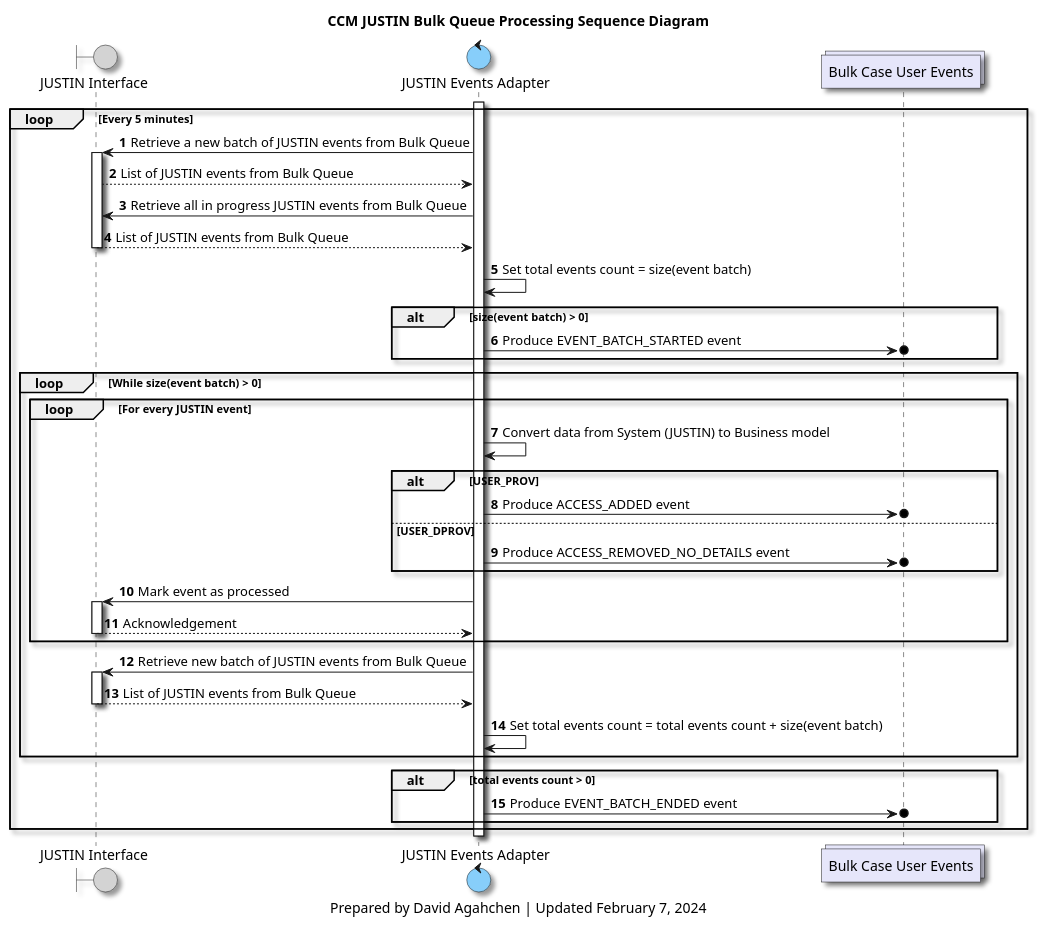
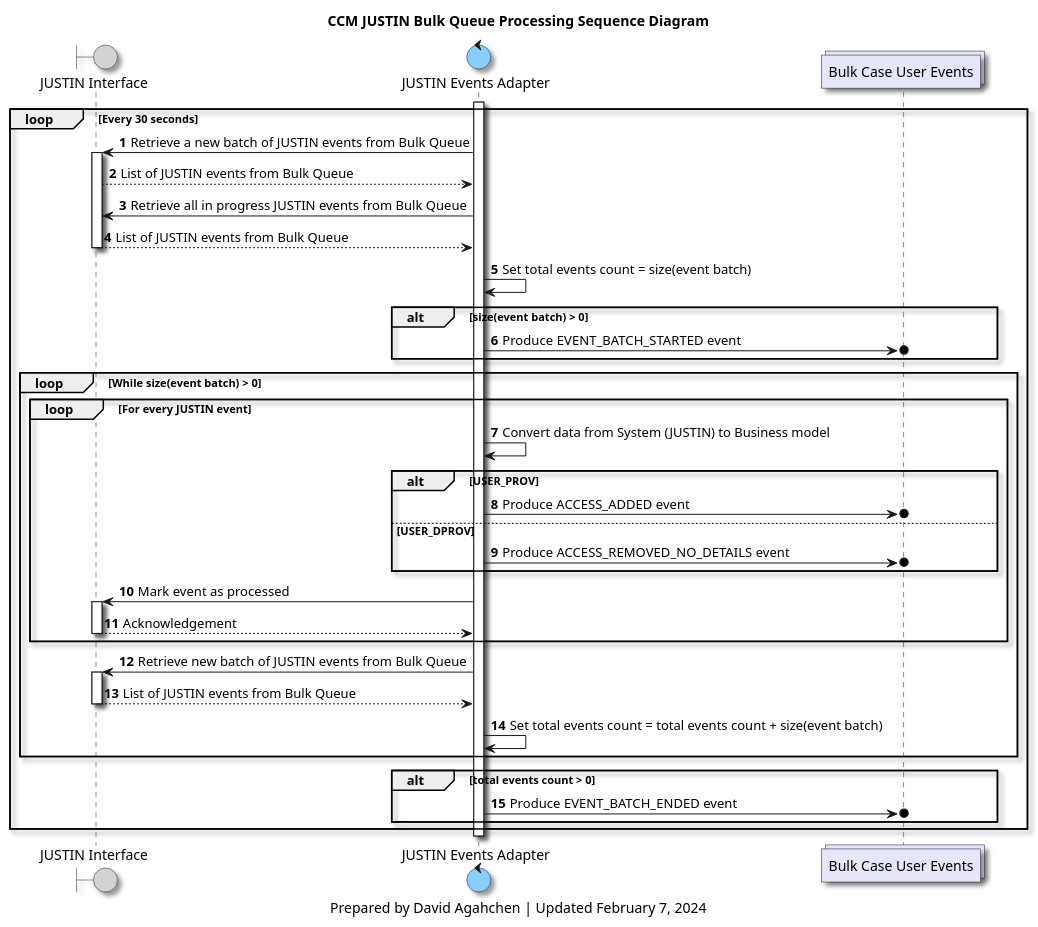
The diagram in diagrams/ccm_justin_bulk_queue_processing_sequence_diagram.plantuml (bcgov/jpss-jade-ccm), drawn with PlantUML before and after one commit. The commit also changed 5 other files, not shown here.

Commit message:
Update processing intervals and diagram dates

```diff
--- a/diagrams/ccm_justin_bulk_queue_processing_sequence_diagram.plantuml
+++ b/diagrams/ccm_justin_bulk_queue_processing_sequence_diagram.plantuml
@@ -1,72 +1,72 @@
 @startuml
 'hide footbox
 
 skinparam Shadowing true
 skinparam CollectionsBackgroundColor Lavender
 skinparam ControlBackgroundColor LightSkyBlue
 skinparam BoundaryBackgroundColor LightGrey
 
 /' 
 Available colours
 https://plantuml-documentation.readthedocs.io/en/latest/formatting/color-names.html
 '/
 
 boundary j_interface as "JUSTIN Interface"
 control j_adapter as "JUSTIN Events Adapter"
 collections bulk_case_users_topic as "Bulk Case User Events"
 
 title
 CCM JUSTIN Bulk Queue Processing Sequence Diagram
 end title
 
 autonumber
 
 activate j_adapter
 
-loop Every 5 minutes
+loop Every 30 seconds
     j_adapter-> j_interface: Retrieve a new batch of JUSTIN events from Bulk Queue
     activate j_interface
     j_interface --> j_adapter: List of JUSTIN events from Bulk Queue
     j_adapter-> j_interface: Retrieve all in progress JUSTIN events from Bulk Queue
     j_interface --> j_adapter: List of JUSTIN events from Bulk Queue
     deactivate j_interface
 
     j_adapter -> j_adapter: Set total events count = size(event batch)
 
     alt size(event batch) > 0
         j_adapter ->o bulk_case_users_topic : Produce EVENT_BATCH_STARTED event
     end
 
     loop While size(event batch) > 0
         loop For every JUSTIN event
             j_adapter -> j_adapter: Convert data from System (JUSTIN) to Business model
             alt USER_PROV
                 j_adapter ->o bulk_case_users_topic: Produce ACCESS_ADDED event
             else USER_DPROV
                 j_adapter ->o bulk_case_users_topic: Produce ACCESS_REMOVED_NO_DETAILS event
             end
             j_adapter -> j_interface: Mark event as processed
             activate j_interface
             j_interface --> j_adapter: Acknowledgement
             deactivate j_interface
         end
 
         j_adapter-> j_interface: Retrieve new batch of JUSTIN events from Bulk Queue
         activate j_interface
         j_interface --> j_adapter: List of JUSTIN events from Bulk Queue
         deactivate j_interface
 
         j_adapter -> j_adapter: Set total events count = total events count + size(event batch)
     end
 
     alt total events count > 0
         j_adapter ->o bulk_case_users_topic : Produce EVENT_BATCH_ENDED event
     end
 end
 
 deactivate j_adapter
 
 caption
 Prepared by David Agahchen | Updated February 7, 2024
 end caption
 @enduml
```
